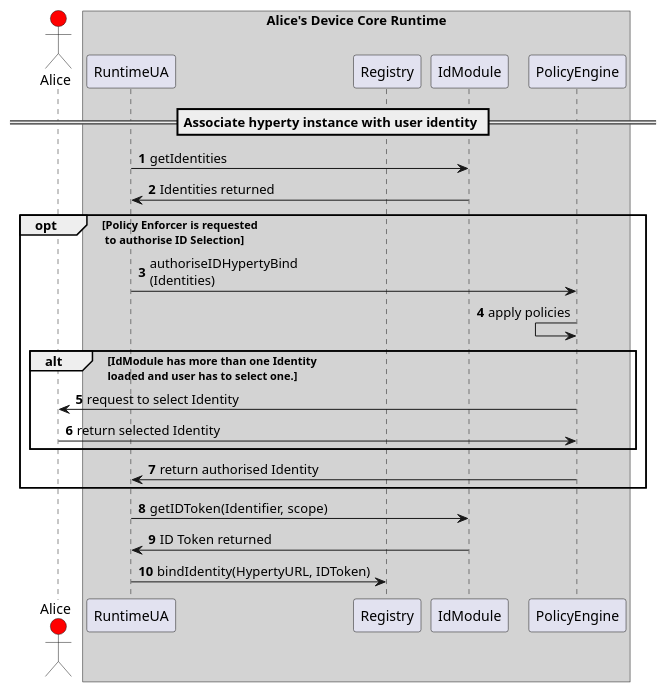
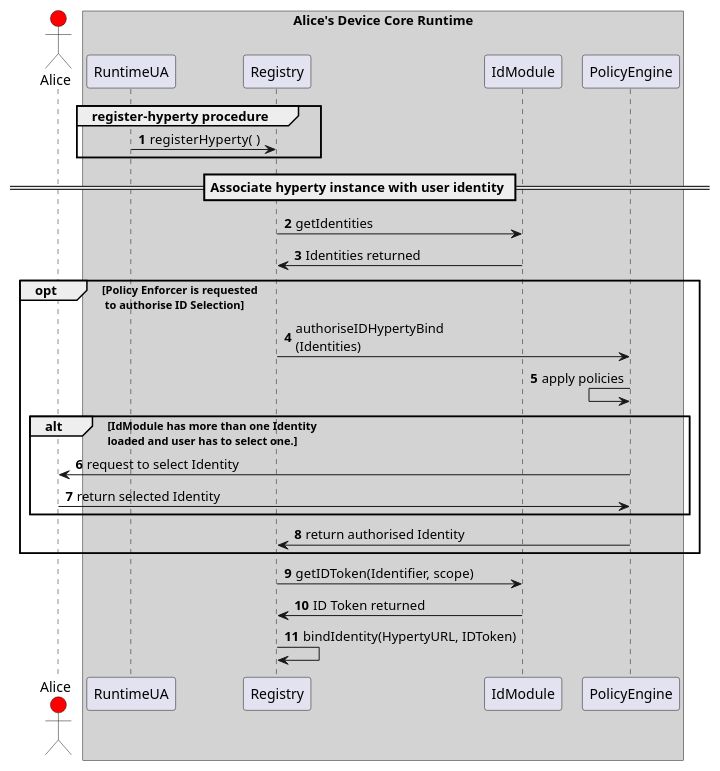
The diagram in docs/specs/runtime/dynamic-view/identity-management/user-to-hyperty-binding-source.puml (reTHINK-project/core-framework), drawn with PlantUML before and after one commit. The commit also changed 2 other files, not shown here.

Commit message:
user to hyperty binding correction

```diff
--- a/docs/specs/runtime/dynamic-view/identity-management/user-to-hyperty-binding-source.puml
+++ b/docs/specs/runtime/dynamic-view/identity-management/user-to-hyperty-binding-source.puml
@@ -1,46 +1,52 @@
 @startuml user-to-hyperty-binding-scheme.png
 
 autonumber
 actor Alice #red
 box "Alice's Device Core Runtime" #LightGrey
 participant RuntimeUA
 participant Registry
 participant IdModule
 participant PolicyEngine
 end box
 box "Service Provider 1 Sandbox at Alice Device" #LightGrey
 
+group register-hyperty procedure
+
+  RuntimeUA -> Registry: registerHyperty(  )
+end
+
 == Associate hyperty instance with user identity ==
 
-RuntimeUA -> IdModule : getIdentities
+Registry -> IdModule : getIdentities
 
-RuntimeUA <- IdModule : Identities returned
+Registry <- IdModule : Identities returned
 
 opt Policy Enforcer is requested\n to authorise ID Selection
 
-PolicyEngine <- RuntimeUA: authoriseIDHypertyBind\n(Identities)
+PolicyEngine <- Registry: authoriseIDHypertyBind\n(Identities)
 
 PolicyEngine <- PolicyEngine: apply policies
 
 alt IdModule has more than one Identity\nloaded and user has to select one.
 
 Alice <- PolicyEngine: request to select Identity
 
 Alice -> PolicyEngine: return selected Identity
 
 end
 
-PolicyEngine -> RuntimeUA: return authorised Identity
+PolicyEngine -> Registry: return authorised Identity
 
 end
 
-RuntimeUA -> IdModule: getIDToken(Identifier, scope)
+Registry -> IdModule: getIDToken(Identifier, scope)
 
-RuntimeUA <- IdModule: ID Token returned
+Registry <- IdModule: ID Token returned
 
-RuntimeUA -> Registry : bindIdentity(HypertyURL, IDToken)
+Registry -> Registry : bindIdentity(HypertyURL, IDToken)
 
 end box
 
 
+
 @enduml
```
